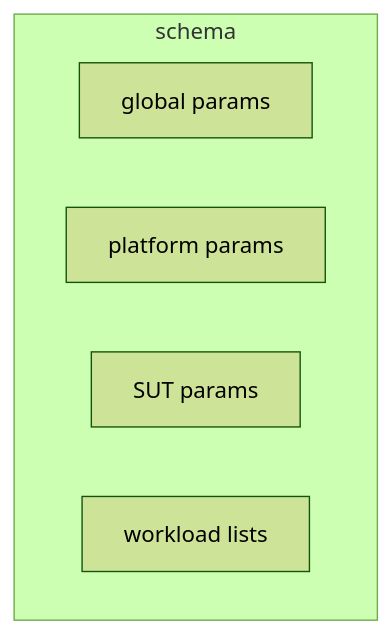
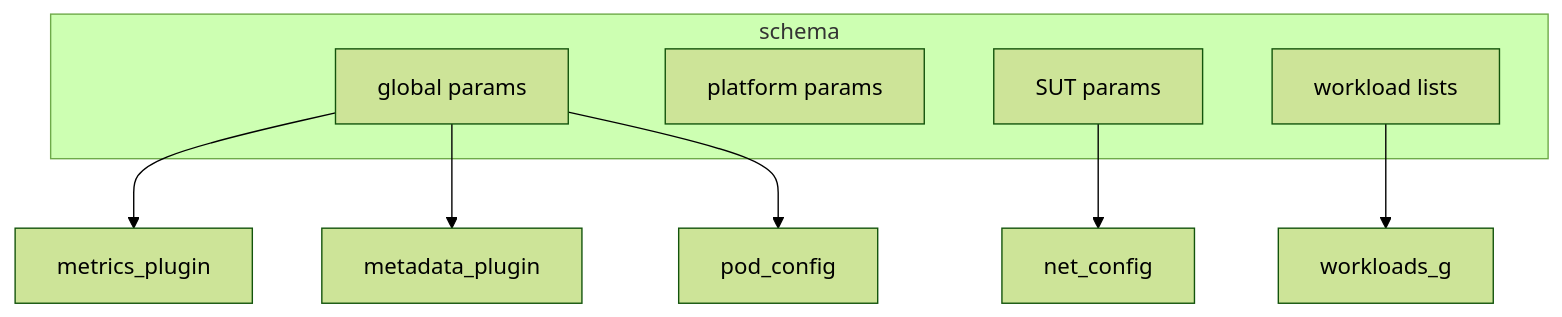
Before and after one commit to mkarg75/arcaflow-workflows: the sixth of 6 diagrams in router-performance/README.md, drawn with Mermaid (forest theme).

Commit message:
expand #1 to the graph

````diff
--- a/router-performance/README.md
+++ b/router-performance/README.md
@@ -156,10 +156,18 @@
 ```mermaid
 graph TD
 	subgraph schema
 	global_params[global params]
 	platform_params[platform params]
 	sut_params[SUT params]
 	platform_params[platform params]
 	workloads_list[workload lists]
 	end
+
+	global_params --> metrics_plugin
+	global_params --> metadata_plugin
+	global_params --> pod_config
+
+	sut_params --> net_config
+
+	workloads_list --> workloads_g
 ```
````
